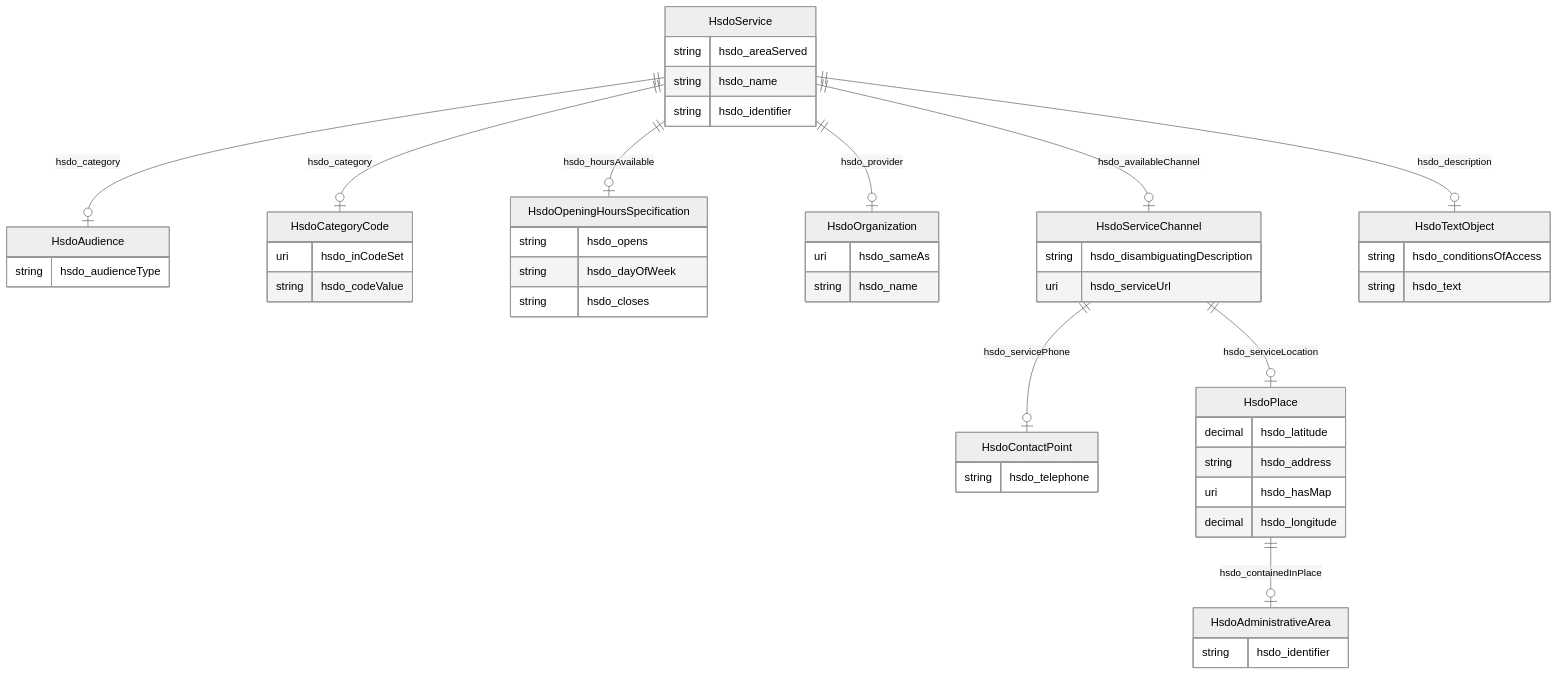
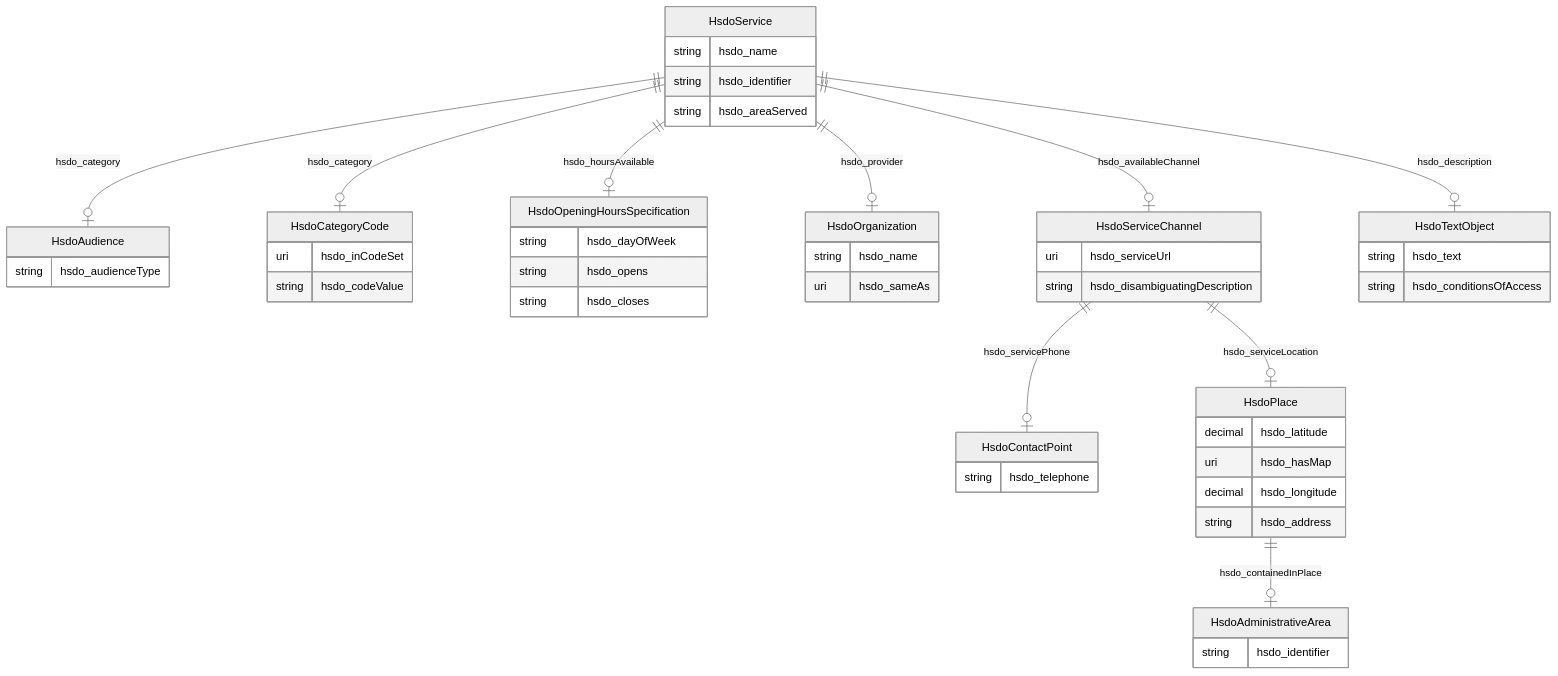
One commit to frink-okn/graph-descriptions changed the diagram in kg-name/README.md. Above: the diagram before and after it, drawn with Mermaid (neutral theme). The commit also changed other lines of this file and 8 other files, not shown here.

````diff
--- a/kg-name/README.md
+++ b/kg-name/README.md
@@ -9,55 +9,55 @@
 ```mermaid
 erDiagram
 HsdoAdministrativeArea {
     string hsdo_identifier  
 }
 HsdoAudience {
     string hsdo_audienceType  
 }
 HsdoCategoryCode {
     uri hsdo_inCodeSet  
     string hsdo_codeValue  
 }
 HsdoContactPoint {
     string hsdo_telephone  
 }
 HsdoOpeningHoursSpecification {
+    string hsdo_dayOfWeek  
     string hsdo_opens  
-    string hsdo_dayOfWeek  
     string hsdo_closes  
 }
 HsdoOrganization {
+    string hsdo_name  
     uri hsdo_sameAs  
-    string hsdo_name  
 }
 HsdoPlace {
     decimal hsdo_latitude  
-    string hsdo_address  
     uri hsdo_hasMap  
     decimal hsdo_longitude  
+    string hsdo_address  
 }
 HsdoService {
-    string hsdo_areaServed  
     string hsdo_name  
     string hsdo_identifier  
+    string hsdo_areaServed  
 }
 HsdoServiceChannel {
+    uri hsdo_serviceUrl  
     string hsdo_disambiguatingDescription  
-    uri hsdo_serviceUrl  
 }
 HsdoTextObject {
+    string hsdo_text  
     string hsdo_conditionsOfAccess  
-    string hsdo_text  
 }
 
 HsdoPlace ||--|o HsdoAdministrativeArea : "hsdo_containedInPlace"
 HsdoService ||--|o HsdoTextObject : "hsdo_description"
+HsdoService ||--|o HsdoOpeningHoursSpecification : "hsdo_hoursAvailable"
+HsdoService ||--|o HsdoCategoryCode : "hsdo_category"
+HsdoService ||--|o HsdoAudience : "hsdo_category"
+HsdoService ||--|o HsdoServiceChannel : "hsdo_availableChannel"
 HsdoService ||--|o HsdoOrganization : "hsdo_provider"
-HsdoService ||--|o HsdoAudience : "hsdo_category"
-HsdoService ||--|o HsdoCategoryCode : "hsdo_category"
-HsdoService ||--|o HsdoOpeningHoursSpecification : "hsdo_hoursAvailable"
-HsdoService ||--|o HsdoServiceChannel : "hsdo_availableChannel"
+HsdoServiceChannel ||--|o HsdoContactPoint : "hsdo_servicePhone"
 HsdoServiceChannel ||--|o HsdoPlace : "hsdo_serviceLocation"
-HsdoServiceChannel ||--|o HsdoContactPoint : "hsdo_servicePhone"
 
 ```
````
